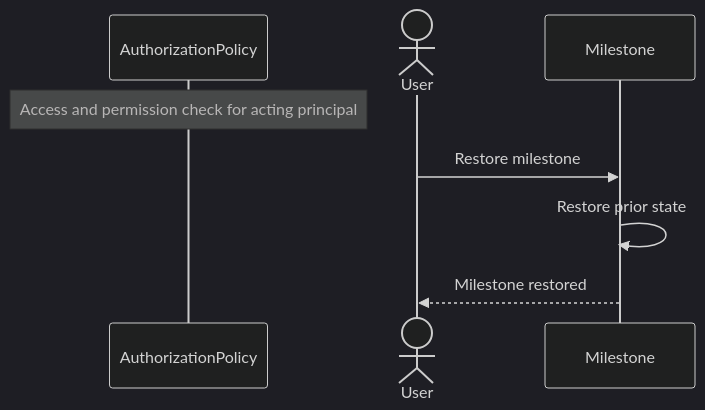
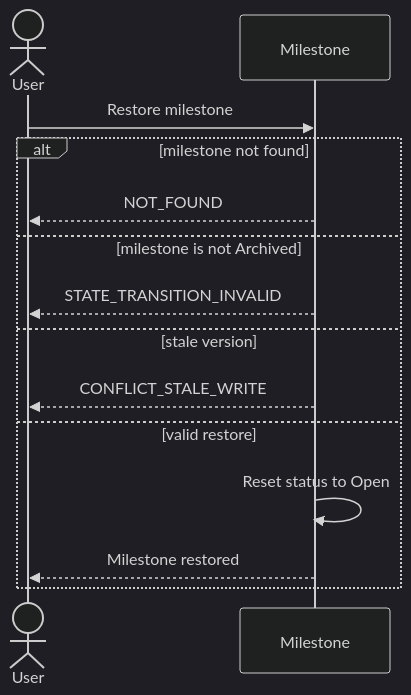
Before and after one commit to ChidiRnweke/margin: diagram 12 of 13 in architecture/sequence-diagrams/02-aspects-milestones.md, drawn with Mermaid (dark theme). The commit also changed other lines of this file and 12 other files, not shown here.

Commit message:
Enhance sequence diagrams and introduce traceability matrix

````diff
--- a/architecture/sequence-diagrams/02-aspects-milestones.md
+++ b/architecture/sequence-diagrams/02-aspects-milestones.md
@@ -184,10 +255,16 @@
 ```mermaid
 sequenceDiagram
-    participant G as AuthorizationPolicy
-    Note over G: Access and permission check for acting principal
     actor U as User
     participant M as Milestone
     U->>M: Restore milestone
-    M->>M: Restore prior state
-    M-->>U: Milestone restored
+    alt milestone not found
+        M-->>U: NOT_FOUND
+    else milestone is not Archived
+        M-->>U: STATE_TRANSITION_INVALID
+    else stale version
+        M-->>U: CONFLICT_STALE_WRITE
+    else valid restore
+        M->>M: Reset status to Open
+        M-->>U: Milestone restored
+    end
 ```
````
